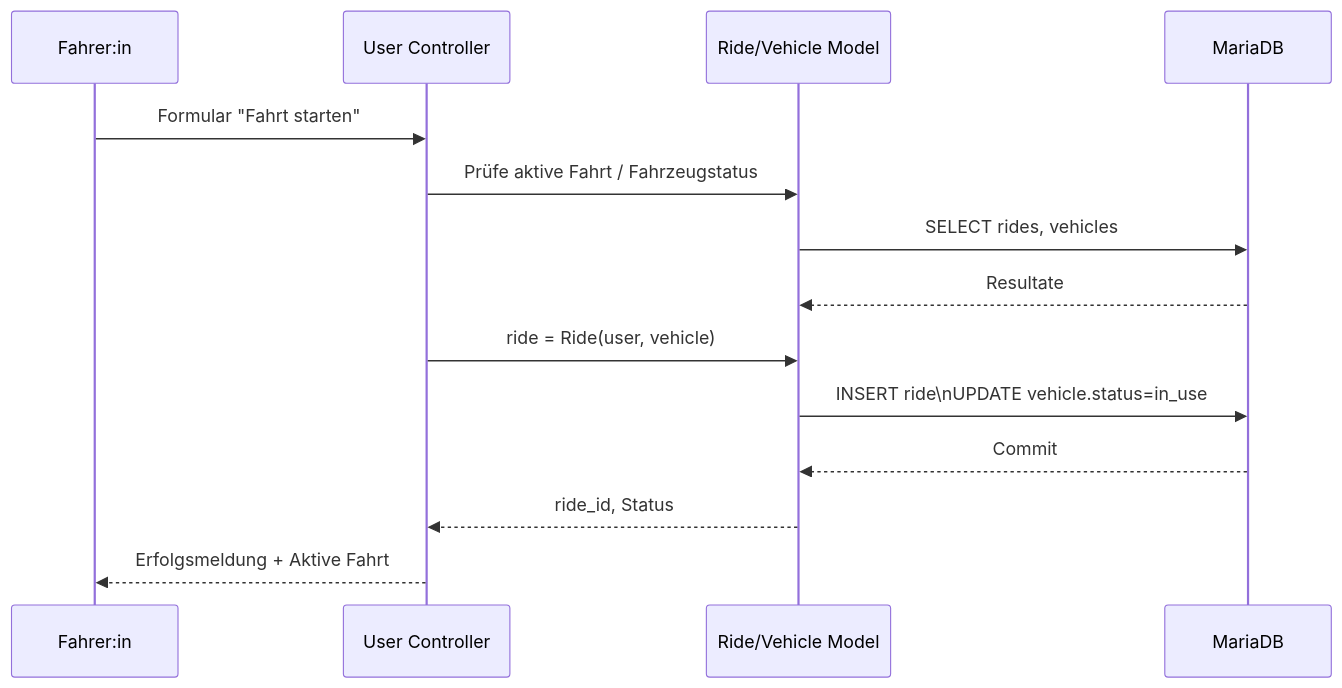
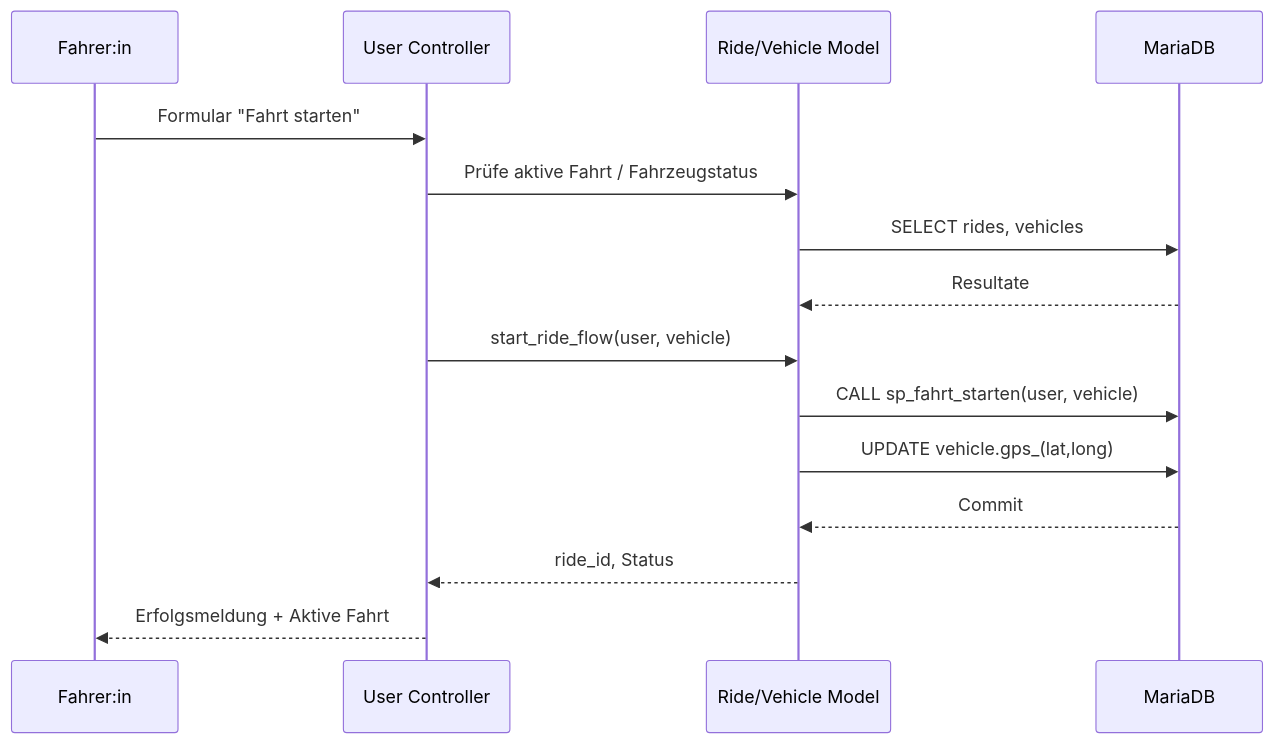
The fourth of 7 diagrams in docs/05_systemarchitektur.md (arno4000/scootcity), drawn with Mermaid before and after one commit. The commit also changed other lines of this file and 21 other files, not shown here.

````diff
--- a/docs/05_systemarchitektur.md
+++ b/docs/05_systemarchitektur.md
@@ -153,17 +173,18 @@
 ```mermaid
 sequenceDiagram
     participant User as Fahrer:in
     participant UI as User Controller
     participant Model as Ride/Vehicle Model
     participant DB as MariaDB
 
     User->>UI: Formular "Fahrt starten"
     UI->>Model: Prüfe aktive Fahrt / Fahrzeugstatus
     Model->>DB: SELECT rides, vehicles
     DB-->>Model: Resultate
-    UI->>Model: ride = Ride(user, vehicle)
-    Model->>DB: INSERT ride\nUPDATE vehicle.status=in_use
+    UI->>Model: start_ride_flow(user, vehicle)
+    Model->>DB: CALL sp_fahrt_starten(user, vehicle)
+    Model->>DB: UPDATE vehicle.gps_(lat,long)
     DB-->>Model: Commit
     Model-->>UI: ride_id, Status
     UI-->>User: Erfolgsmeldung + Aktive Fahrt
 ```
````
